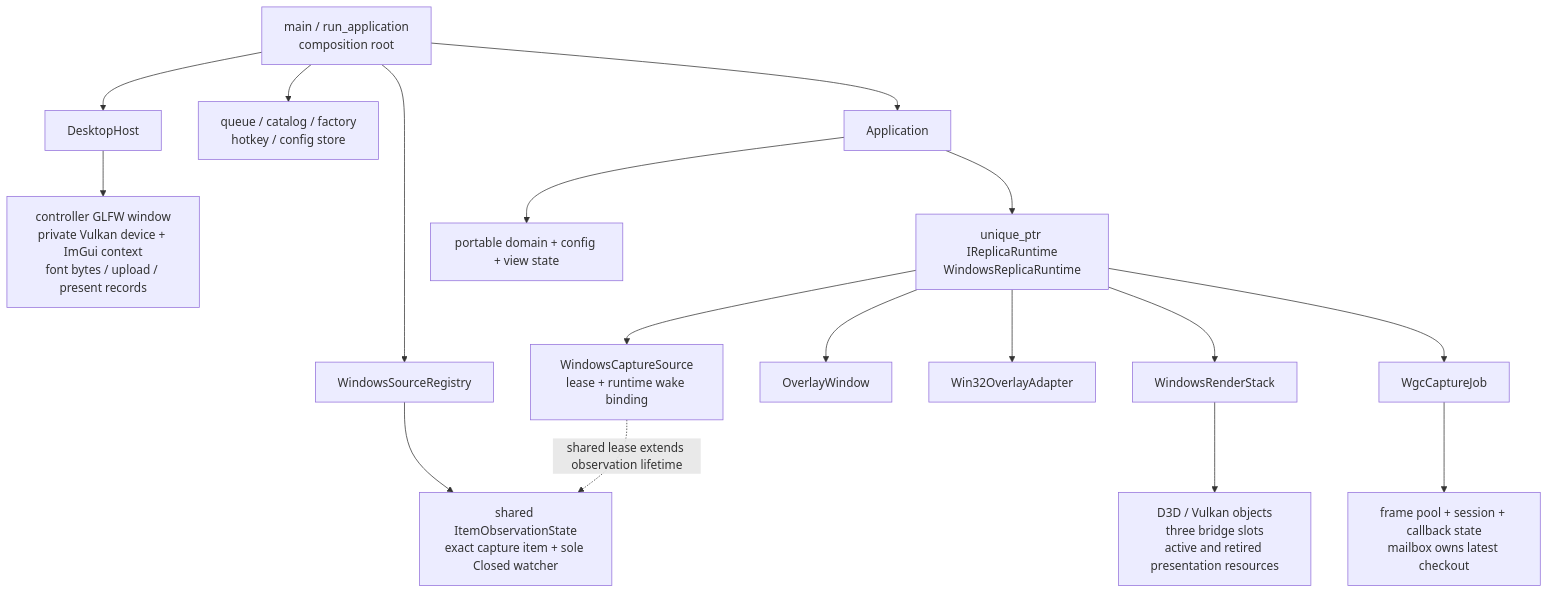
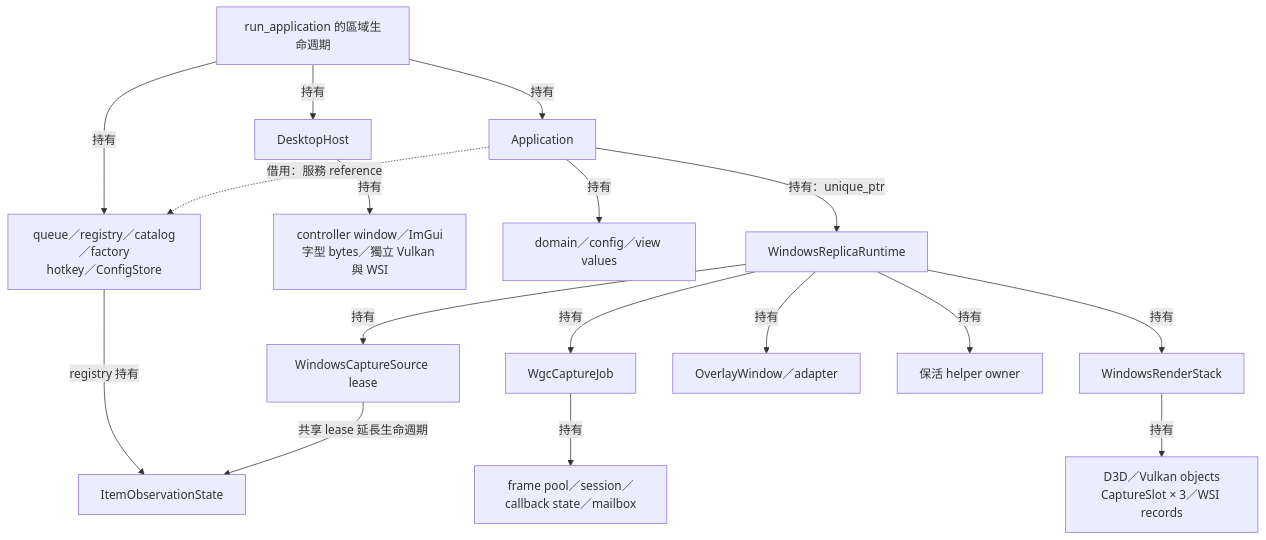
The second of 5 diagrams in docs/architecture/README.md (Mes0903/avb0795), drawn with Mermaid before and after one commit. The commit also changed other lines of this file and 156 other files, not shown here.

````diff
--- a/docs/architecture/README.md
+++ b/docs/architecture/README.md
@@ -48,19 +40,19 @@
 ```mermaid
 flowchart TB
-    Main["main / run_application<br/>composition root"] --> Host["DesktopHost"]
-    Main --> Services["queue / catalog / factory<br/>hotkey / config store"]
-    Main --> Registry
-    Main --> App["Application"]
-    Host --> Controller["controller GLFW window<br/>private Vulkan device + ImGui context<br/>font bytes / upload / present records"]
-    App --> State["portable domain + config + view state"]
-    App --> Runtime["unique_ptr IReplicaRuntime<br/>WindowsReplicaRuntime"]
-    Runtime --> Source["WindowsCaptureSource<br/>lease + runtime wake binding"]
-    Runtime --> Overlay["OverlayWindow"]
-    Runtime --> Adapter["Win32OverlayAdapter"]
-    Runtime --> Stack["WindowsRenderStack"]
-    Runtime --> Job["WgcCaptureJob"]
-    Job --> Pool["frame pool + session + callback state<br/>mailbox owns latest checkout"]
-    Stack --> GPU["D3D / Vulkan objects<br/>three bridge slots<br/>active and retired presentation resources"]
-    Registry["WindowsSourceRegistry"] --> Observation["shared ItemObservationState<br/>exact capture item + sole Closed watcher"]
-    Source -. "shared lease extends observation lifetime" .-> Observation
+    Main["run_application 的區域生命週期"] -->|"持有"| Services["queue／registry／catalog／factory<br/>hotkey／ConfigStore"]
+    Main -->|"持有"| Host["DesktopHost"]
+    Main -->|"持有"| App["Application"]
+    App -.->|"借用：服務 reference"| Services
+    Host -->|"持有"| Controller["controller window／ImGui<br/>字型 bytes／獨立 Vulkan 與 WSI"]
+    App -->|"持有"| State["domain／config／view values"]
+    App -->|"持有：unique_ptr"| Runtime["WindowsReplicaRuntime"]
+    Runtime -->|"持有"| Source["WindowsCaptureSource lease"]
+    Runtime -->|"持有"| Job["WgcCaptureJob"]
+    Runtime -->|"持有"| Render["WindowsRenderStack"]
+    Runtime -->|"持有"| Overlay["OverlayWindow／adapter"]
+    Runtime -->|"持有"| Feature["保活 helper owner"]
+    Services -->|"registry 持有"| Observation["ItemObservationState"]
+    Source -->|"共享 lease 延長生命週期"| Observation
+    Job -->|"持有"| Pool["frame pool／session／callback state／mailbox"]
+    Render -->|"持有"| Slots["D3D／Vulkan objects<br/>CaptureSlot × 3／WSI records"]
 ```
````
